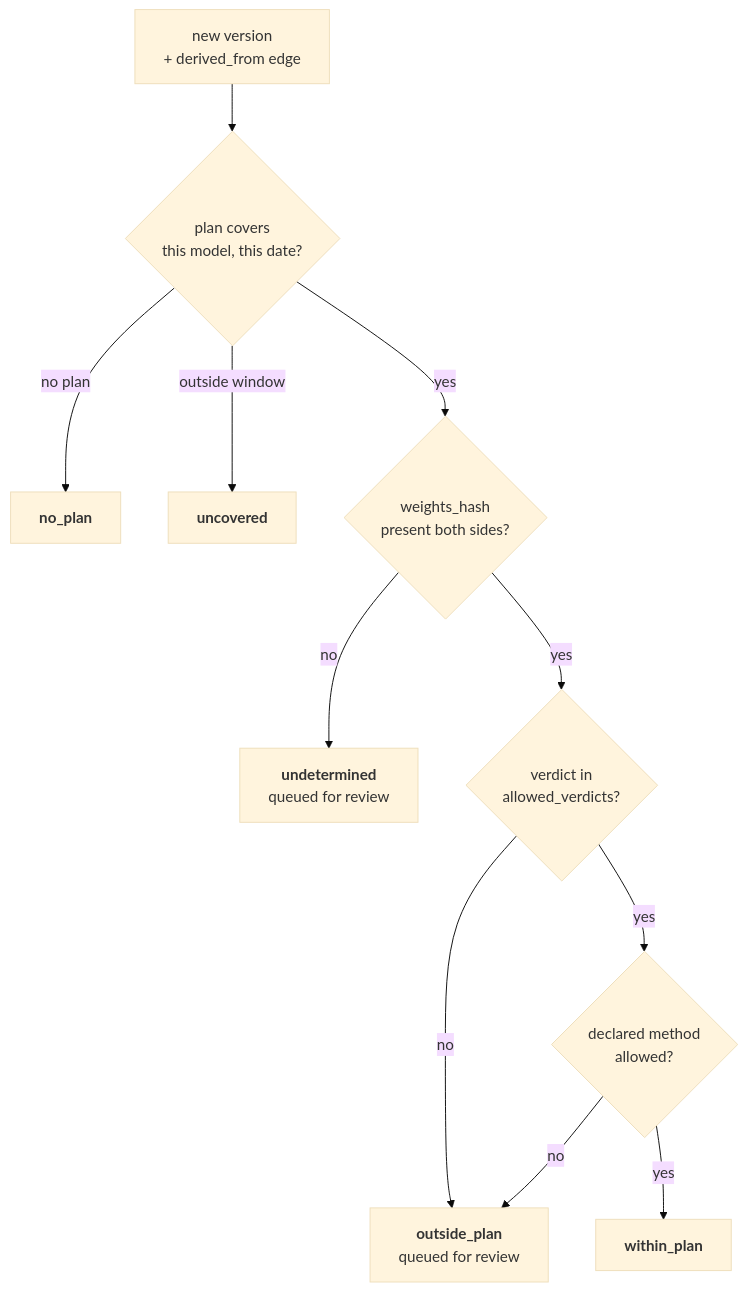
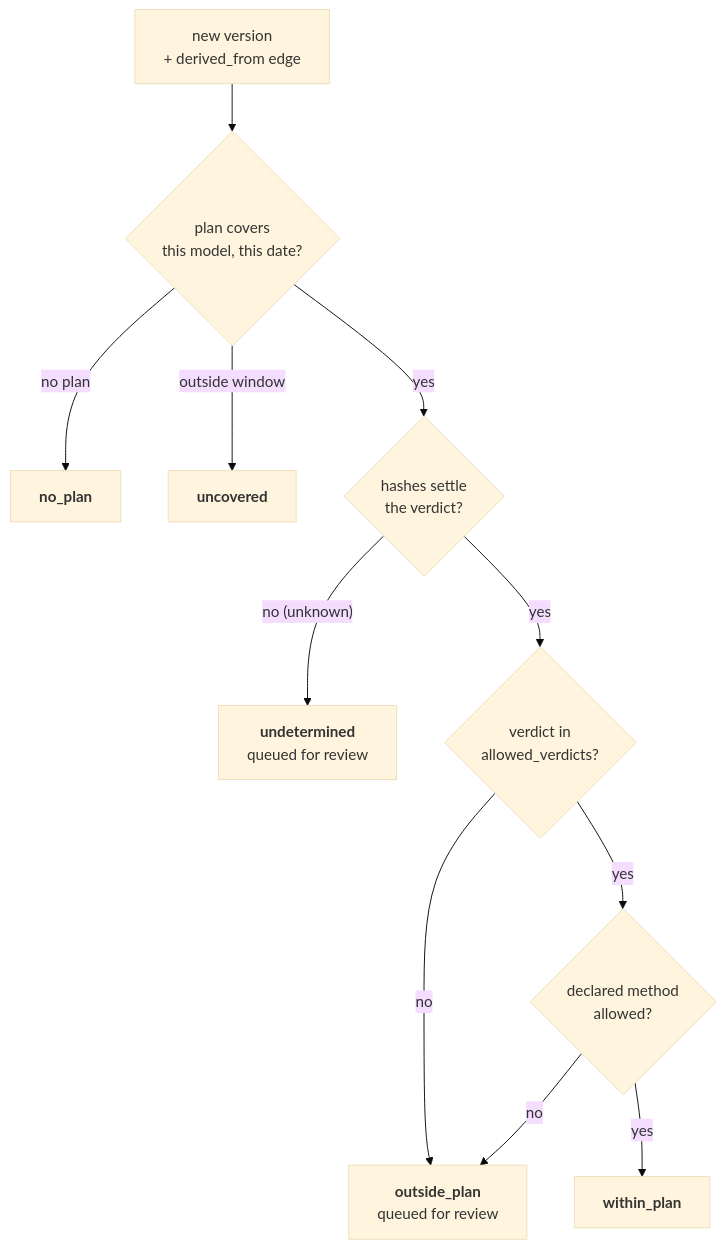
The diagram in docs/22-change-control-plans.md (proseria-research/lineage), drawn with Mermaid (base theme) before and after one commit. The commit also changed other lines of this file and 4 other files, not shown here.

````diff
--- a/docs/22-change-control-plans.md
+++ b/docs/22-change-control-plans.md
@@ -78,13 +83,13 @@
 ```mermaid
 flowchart TB
     v["new version<br/>+ derived_from edge"] --> p{"plan covers<br/>this model, this date?"}
     p -->|no plan| np["<b>no_plan</b>"]
     p -->|outside window| uc["<b>uncovered</b>"]
-    p -->|yes| h{"weights_hash<br/>present both sides?"}
-    h -->|no| ud["<b>undetermined</b><br/>queued for review"]
+    p -->|yes| h{"hashes settle<br/>the verdict?"}
+    h -->|"no (unknown)"| ud["<b>undetermined</b><br/>queued for review"]
     h -->|yes| verd{"verdict in<br/>allowed_verdicts?"}
     verd -->|no| out["<b>outside_plan</b><br/>queued for review"]
     verd -->|yes| meth{"declared method<br/>allowed?"}
     meth -->|no| out
     meth -->|yes| ok["<b>within_plan</b>"]
 ```
````
